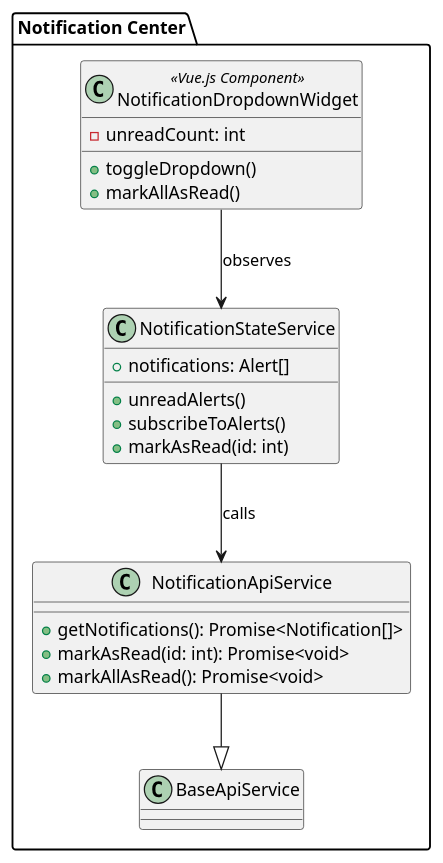
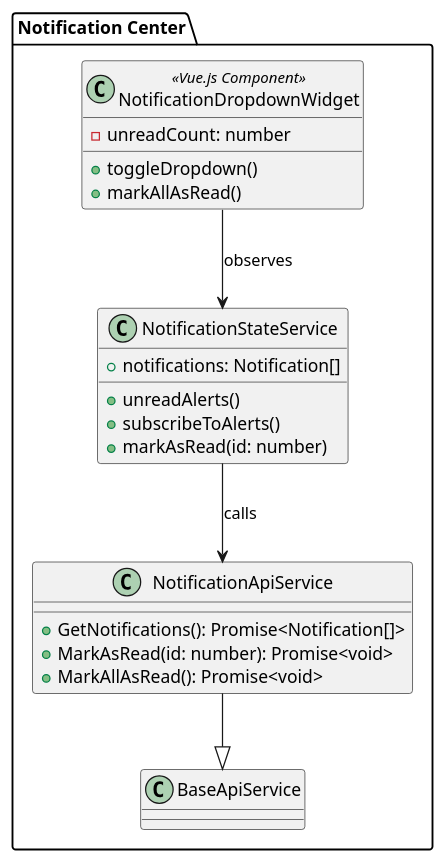
The diagram in report/assets/diagram-sources/class-diagrams/notification-center-component-diagram.puml (upc-pre-1asi0730-2610-10215-arcadiadevs/viora-report), drawn with PlantUML before and after one commit. The commit also changed 24 other files, not shown here.

First line of the commit message:
refactor(diagram-sources): apply industry-standard naming conventions to class diagrams

```diff
--- a/report/assets/diagram-sources/class-diagrams/notification-center-component-diagram.puml
+++ b/report/assets/diagram-sources/class-diagrams/notification-center-component-diagram.puml
@@ -1,26 +1,26 @@
 @startuml
 package "Notification Center" {
     class NotificationDropdownWidget <<Vue.js Component>> {
-        - unreadCount: int
+        - unreadCount: number
         + toggleDropdown()
         + markAllAsRead()
     }
 
     class NotificationStateService {
-        + notifications: Alert[]
+        + notifications: Notification[]
         + unreadAlerts()
         + subscribeToAlerts()
-        + markAsRead(id: int)
+        + markAsRead(id: number)
     }
 
     class NotificationApiService {
-        + getNotifications(): Promise<Notification[]>
-        + markAsRead(id: int): Promise<void>
-        + markAllAsRead(): Promise<void>
+        + GetNotifications(): Promise<Notification[]>
+        + MarkAsRead(id: number): Promise<void>
+        + MarkAllAsRead(): Promise<void>
     }
 
     NotificationApiService --|> BaseApiService
     NotificationDropdownWidget --> NotificationStateService : observes
     NotificationStateService --> NotificationApiService : calls
 }
 @enduml
```
